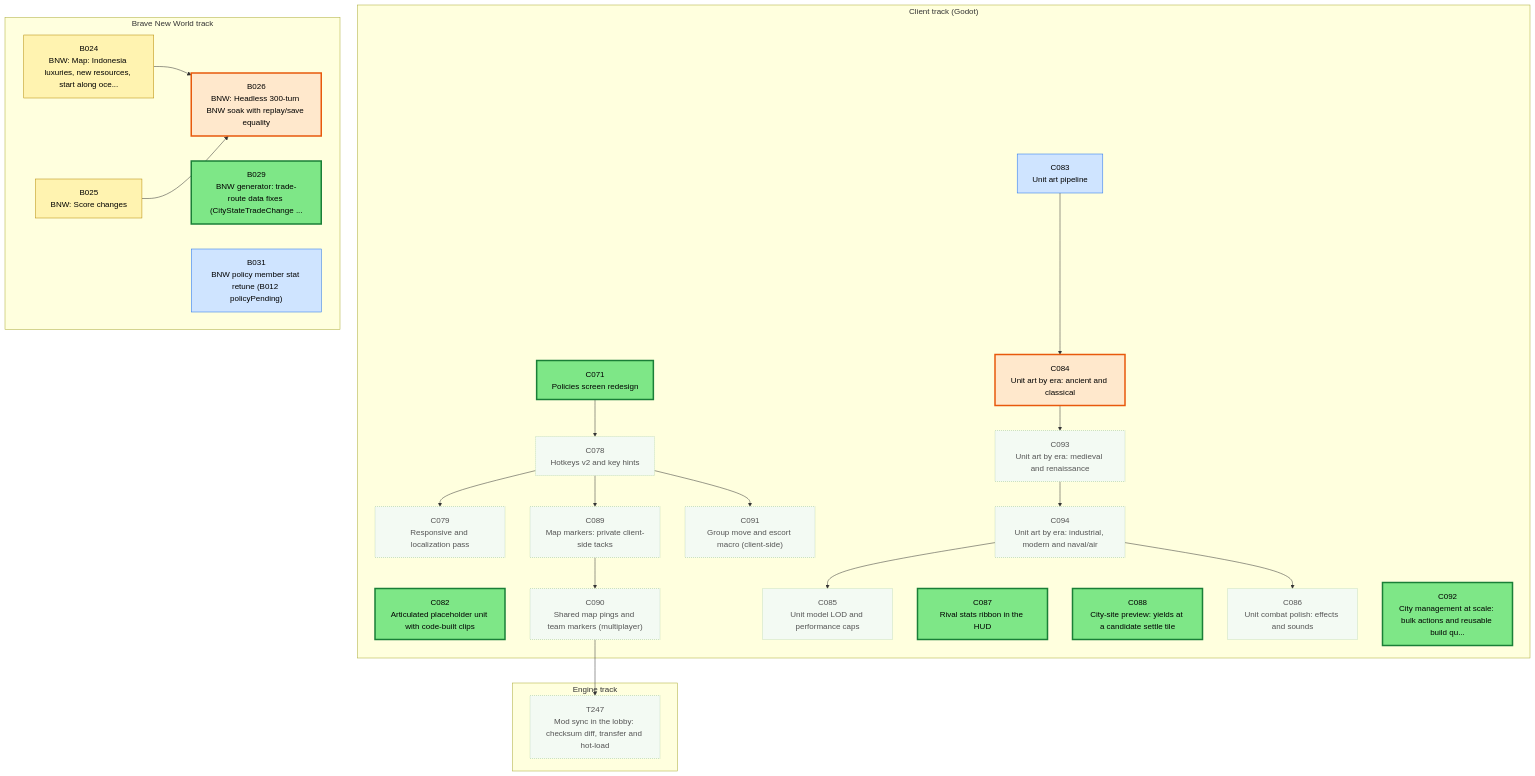
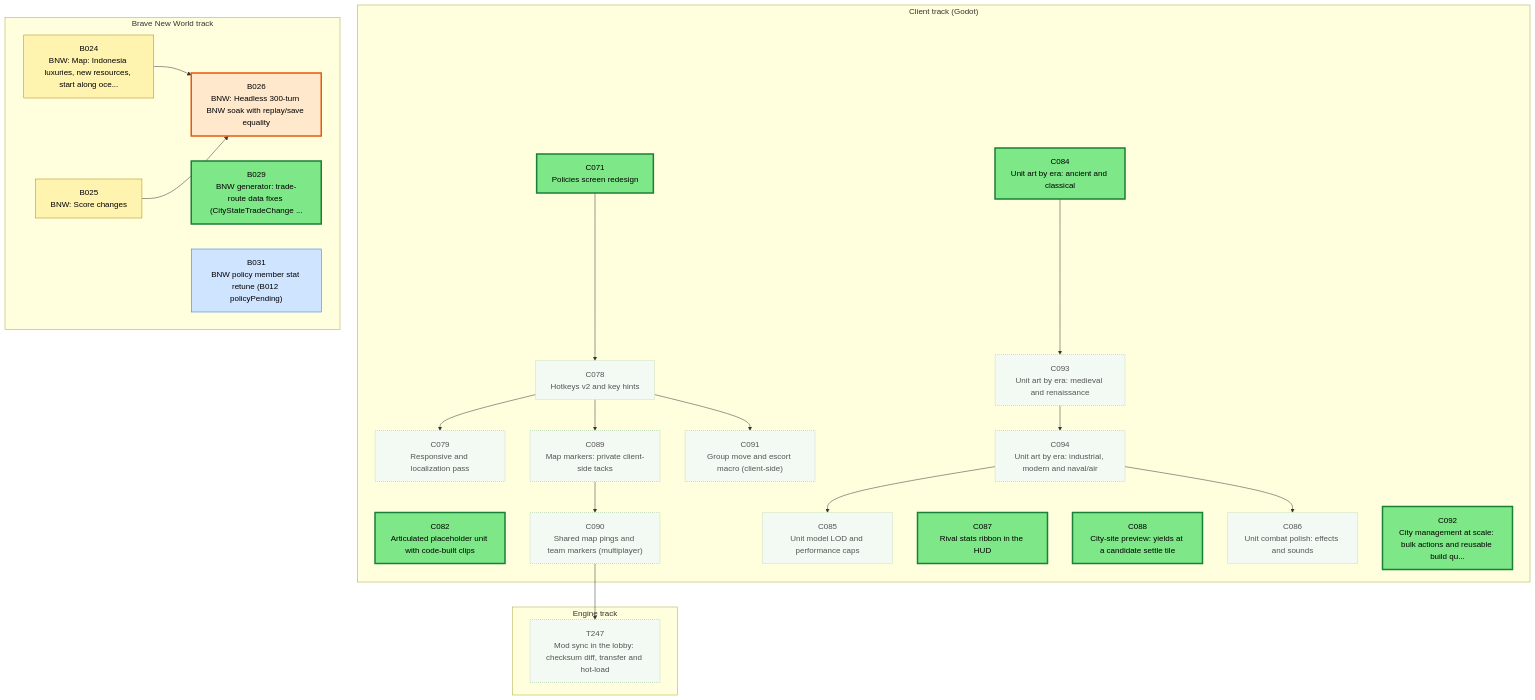
One commit to Kenmura/Unciv changed the first of 3 diagrams in csharp/migration/DEPENDENCY_MAP.md. Above: the diagram before and after it, drawn with Mermaid. The commit also changed other lines of this file and 1 other file, not shown here.

Commit message:
migration: review C083 pass [Adversarial Review]

````diff
--- a/csharp/migration/DEPENDENCY_MAP.md
+++ b/csharp/migration/DEPENDENCY_MAP.md
@@ -25,73 +25,70 @@
 ```mermaid
 flowchart TD
   subgraph TTRACK["Engine track"]
     T247["T247<br/>Mod sync in the lobby: checksum diff, transfer and hot-load"]
   end
   subgraph CTRACK["Client track (Godot)"]
     C071["C071<br/>Policies screen redesign"]
     C078["C078<br/>Hotkeys v2 and key hints"]
     C079["C079<br/>Responsive and localization pass"]
     C082["C082<br/>Articulated placeholder unit with code-built clips"]
-    C083["C083<br/>Unit art pipeline"]
     C084["C084<br/>Unit art by era: ancient and classical"]
     C085["C085<br/>Unit model LOD and performance caps"]
     C086["C086<br/>Unit combat polish: effects and sounds"]
     C087["C087<br/>Rival stats ribbon in the HUD"]
     C088["C088<br/>City-site preview: yields at a candidate settle tile"]
     C089["C089<br/>Map markers: private client-side tacks"]
     C090["C090<br/>Shared map pings and team markers (multiplayer)"]
     C091["C091<br/>Group move and escort macro (client-side)"]
     C092["C092<br/>City management at scale: bulk actions and reusable build qu..."]
     C093["C093<br/>Unit art by era: medieval and renaissance"]
     C094["C094<br/>Unit art by era: industrial, modern and naval/air"]
   end
   subgraph BTRACK["Brave New World track"]
     B024["B024<br/>BNW: Map: Indonesia luxuries, new resources, start along oce..."]
     B025["B025<br/>BNW: Score changes"]
     B026["B026<br/>BNW: Headless 300-turn BNW soak with replay/save equality"]
     B029["B029<br/>BNW generator: trade-route data fixes (CityStateTradeChange ..."]
     B031["B031<br/>BNW policy member stat retune (B012 policyPending)"]
   end
   C090 --> T247
   C071 --> C078
   C078 --> C079
-  C083 --> C084
   C094 --> C085
   C094 --> C086
   C078 --> C089
   C089 --> C090
   C078 --> C091
   C084 --> C093
   C093 --> C094
   B024 --> B026
   B025 --> B026
   classDef waiting fill:#f3faf3,stroke:#9bc49b,color:#555,stroke-dasharray:2 2
   classDef ondeck fill:#ffe8cc,stroke:#e8590c,stroke-width:3px,color:#000
   classDef ready fill:#7ee787,stroke:#1a7f37,stroke-width:3px,color:#000
   classDef prog fill:#fff3b0,stroke:#b58900,color:#000
   classDef review fill:#cfe4ff,stroke:#1f6feb,color:#000
   classDef blocked fill:#ffd6d6,stroke:#c62828,color:#000
   classDef done fill:#eeeeee,stroke:#999999,color:#666,stroke-dasharray:4 3
   class B024 prog
   class B025 prog
   class B026 ondeck
   class B029 ready
   class B031 review
   class C071 ready
   class C078 waiting
   class C079 waiting
   class C082 ready
-  class C083 review
-  class C084 ondeck
+  class C084 ready
   class C085 waiting
   class C086 waiting
   class C087 ready
   class C088 ready
   class C089 waiting
   class C090 waiting
   class C091 waiting
   class C092 ready
   class C093 waiting
   class C094 waiting
   class T247 waiting
 ```
````
